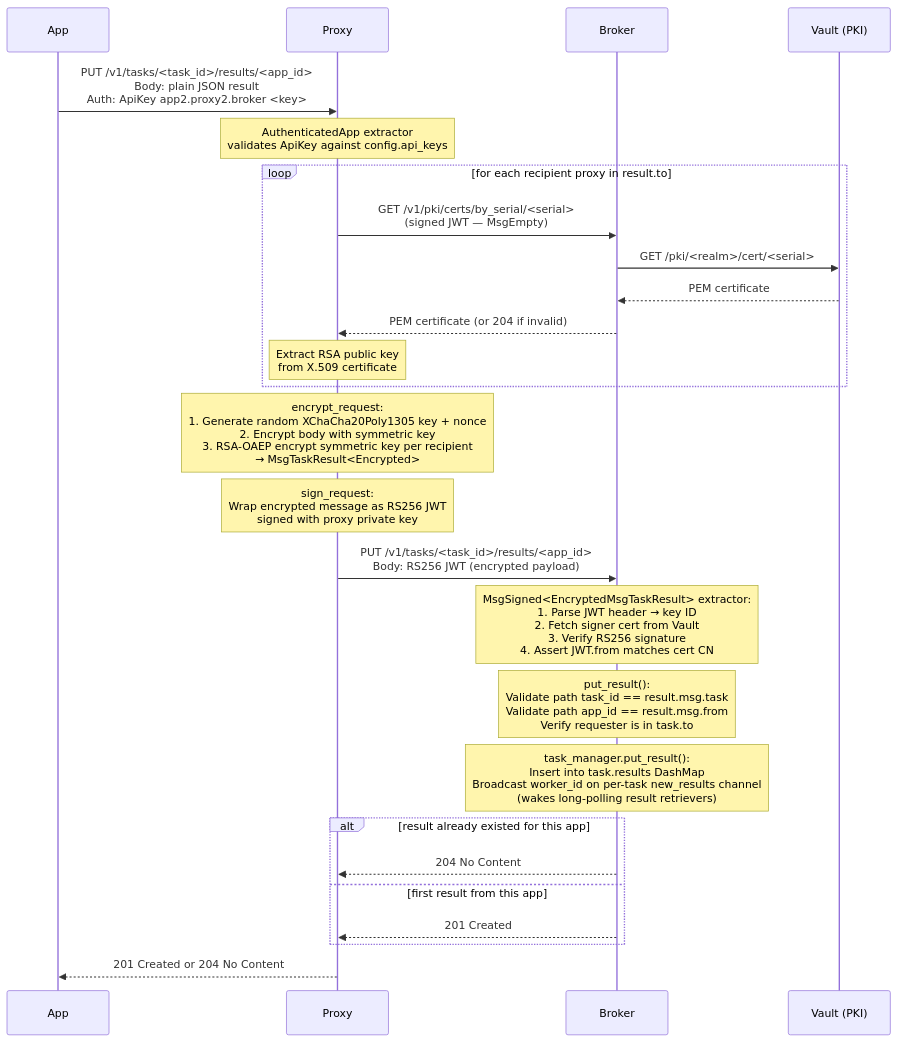
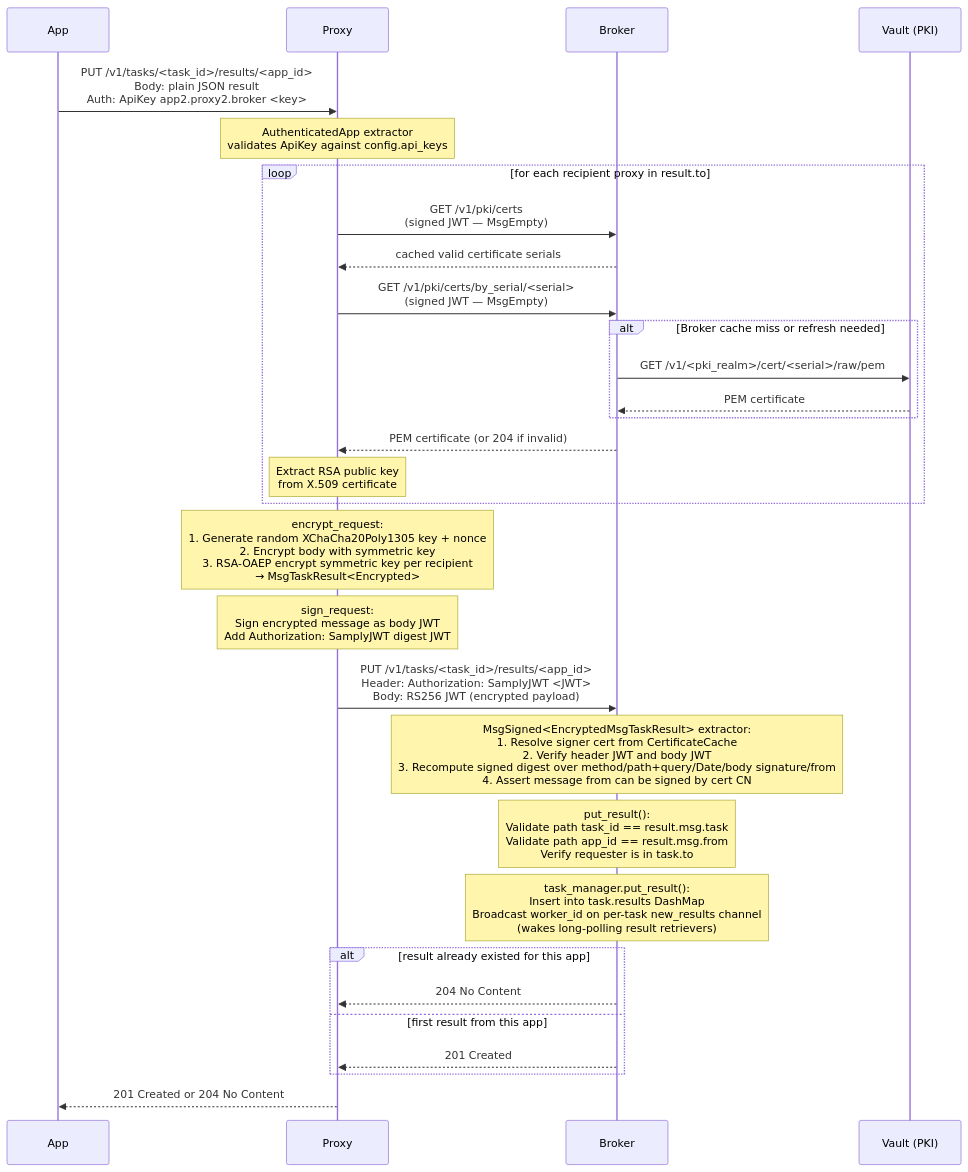
Before and after one commit to samply/beam: the sixth of 12 diagrams in DATAFLOWS.md, drawn with Mermaid. The commit also changed other lines of this file, not shown here.

Commit message:
Updated data flows document

````diff
--- a/DATAFLOWS.md
+++ b/DATAFLOWS.md
@@ -268,39 +276,43 @@
 ```mermaid
 sequenceDiagram
     participant App
     participant Proxy
     participant Broker
     participant Vault as Vault (PKI)
 
     App->>Proxy: PUT /v1/tasks/<task_id>/results/<app_id><br/>Body: plain JSON result<br/>Auth: ApiKey app2.proxy2.broker <key>
 
     note over Proxy: AuthenticatedApp extractor<br/>validates ApiKey against config.api_keys
 
     loop for each recipient proxy in result.to
+        Proxy->>Broker: GET /v1/pki/certs<br/>(signed JWT — MsgEmpty)
+        Broker-->>Proxy: cached valid certificate serials
         Proxy->>Broker: GET /v1/pki/certs/by_serial/<serial><br/>(signed JWT — MsgEmpty)
-        Broker->>Vault: GET /pki/<realm>/cert/<serial>
-        Vault-->>Broker: PEM certificate
+        alt Broker cache miss or refresh needed
+            Broker->>Vault: GET /v1/<pki_realm>/cert/<serial>/raw/pem
+            Vault-->>Broker: PEM certificate
+        end
         Broker-->>Proxy: PEM certificate (or 204 if invalid)
         note over Proxy: Extract RSA public key<br/>from X.509 certificate
     end
 
     note over Proxy: encrypt_request:<br/>1. Generate random XChaCha20Poly1305 key + nonce<br/>2. Encrypt body with symmetric key<br/>3. RSA-OAEP encrypt symmetric key per recipient<br/>→ MsgTaskResult<Encrypted>
 
-    note over Proxy: sign_request:<br/>Wrap encrypted message as RS256 JWT<br/>signed with proxy private key
+    note over Proxy: sign_request:<br/>Sign encrypted message as body JWT<br/>Add Authorization: SamplyJWT digest JWT
 
-    Proxy->>Broker: PUT /v1/tasks/<task_id>/results/<app_id><br/>Body: RS256 JWT (encrypted payload)
+    Proxy->>Broker: PUT /v1/tasks/<task_id>/results/<app_id><br/>Header: Authorization: SamplyJWT <JWT><br/>Body: RS256 JWT (encrypted payload)
 
-    note over Broker: MsgSigned<EncryptedMsgTaskResult> extractor:<br/>1. Parse JWT header → key ID<br/>2. Fetch signer cert from Vault<br/>3. Verify RS256 signature<br/>4. Assert JWT.from matches cert CN
+    note over Broker: MsgSigned<EncryptedMsgTaskResult> extractor:<br/>1. Resolve signer cert from CertificateCache<br/>2. Verify header JWT and body JWT<br/>3. Recompute signed digest over method/path+query/Date/body signature/from<br/>4. Assert message from can be signed by cert CN
 
     note over Broker: put_result():<br/>Validate path task_id == result.msg.task<br/>Validate path app_id == result.msg.from<br/>Verify requester is in task.to
 
     note over Broker: task_manager.put_result():<br/>Insert into task.results DashMap<br/>Broadcast worker_id on per-task new_results channel<br/>(wakes long-polling result retrievers)
 
     alt result already existed for this app
         Broker-->>Proxy: 204 No Content
     else first result from this app
         Broker-->>Proxy: 201 Created
     end
 
     Proxy-->>App: 201 Created or 204 No Content
 ```
````
